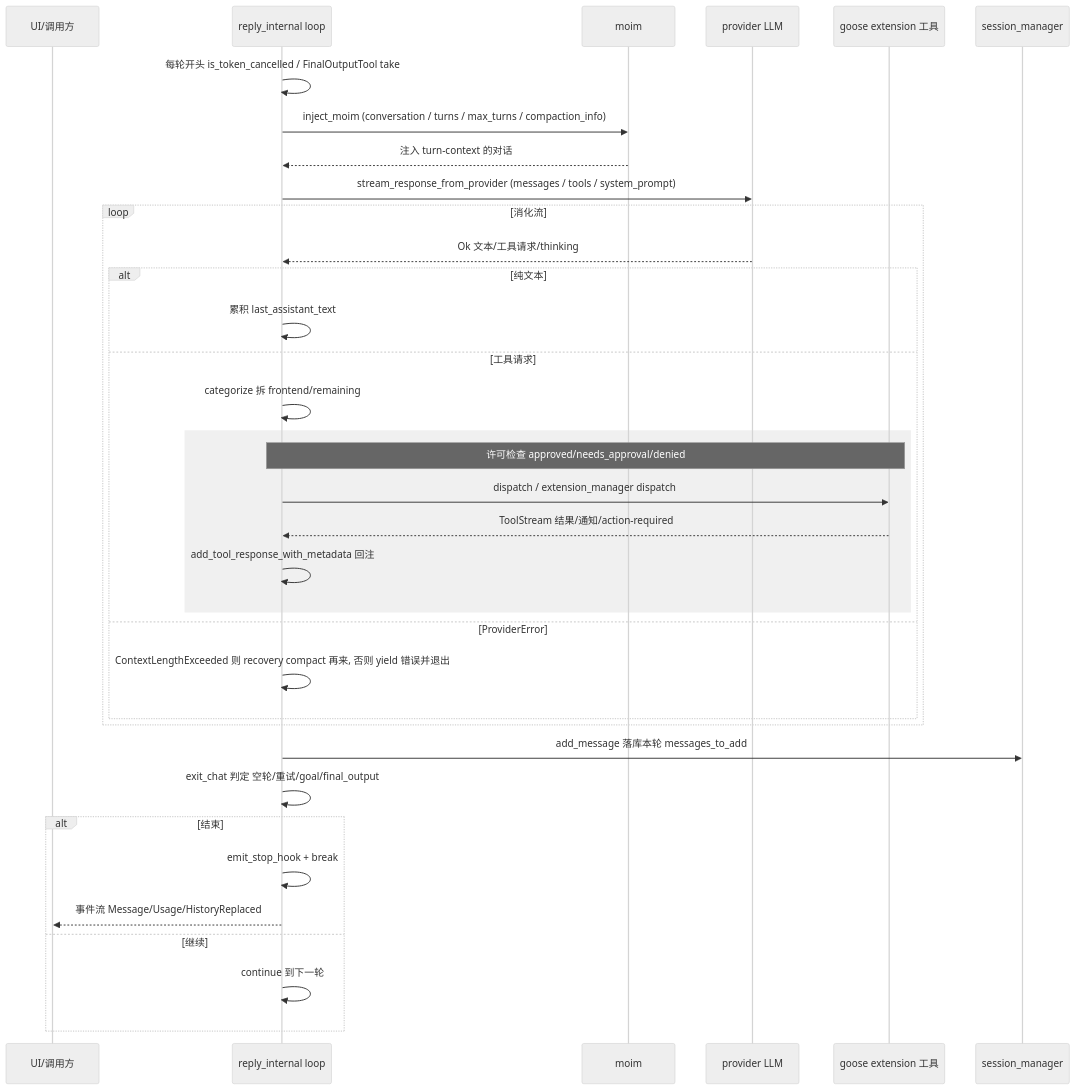
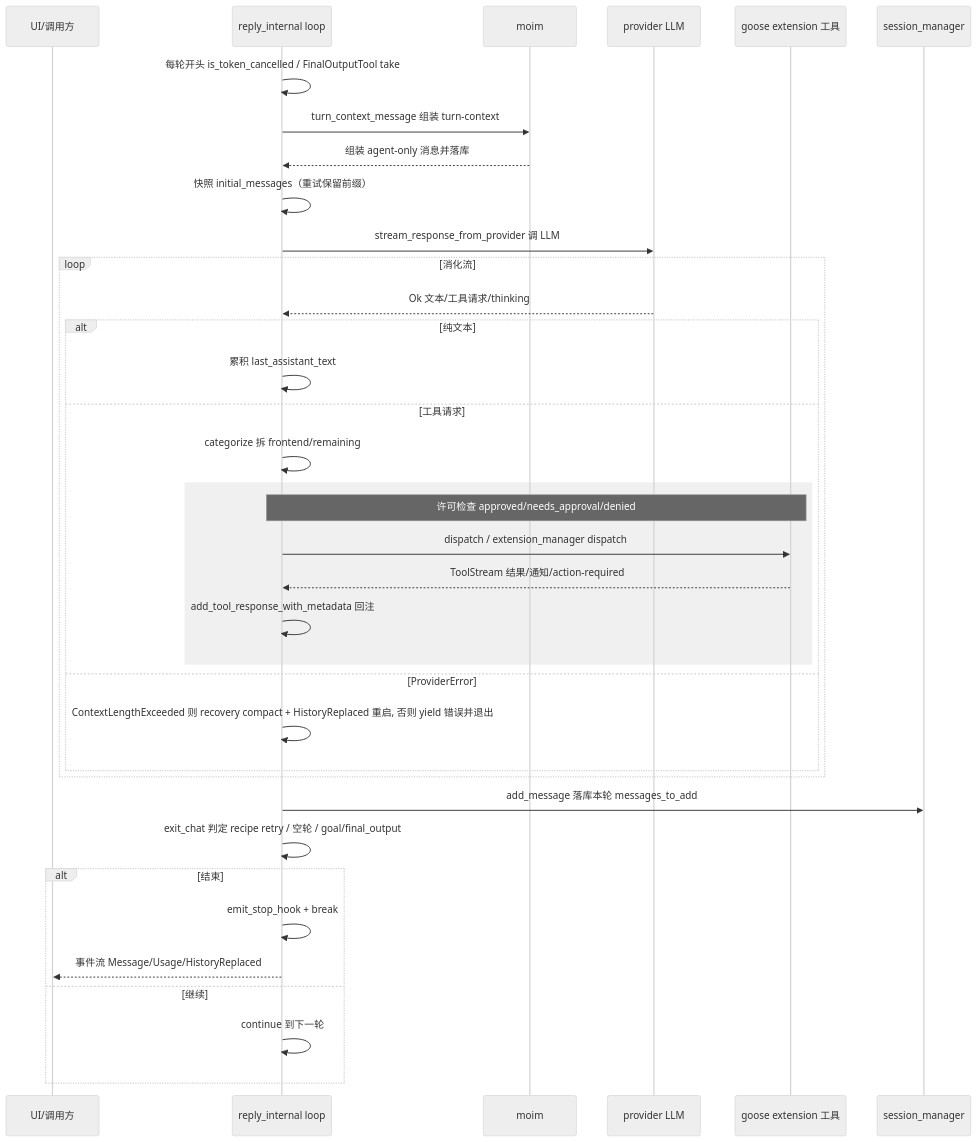
The second of 2 diagrams in ai-agent/goose/agent-loop.md (morehao/oss-insights), drawn with Mermaid (neutral theme) before and after one commit. The commit also changed other lines of this file and 8 other files, not shown here.

````diff
--- a/ai-agent/goose/agent-loop.md
+++ b/ai-agent/goose/agent-loop.md
@@ -765,38 +784,39 @@
 ```mermaid
 sequenceDiagram
     participant U as UI/调用方
     participant R as reply_internal loop
     participant M as moim
     participant P as provider LLM
     participant G as goose extension 工具
     participant S as session_manager
 
     R->>R: 每轮开头 is_token_cancelled / FinalOutputTool take
-    R->>M: inject_moim (conversation / turns / max_turns / compaction_info)
-    M-->>R: 注入 turn-context 的对话
-    R->>P: stream_response_from_provider (messages / tools / system_prompt)
+    R->>M: turn_context_message 组装 turn-context
+    M-->>R: 组装 agent-only 消息并落库
+    R->>R: 快照 initial_messages（重试保留前缀）
+    R->>P: stream_response_from_provider 调 LLM
     loop 消化流
         P-->>R: Ok 文本/工具请求/thinking
         alt 纯文本
             R->>R: 累积 last_assistant_text
         else 工具请求
             R->>R: categorize 拆 frontend/remaining
             rect rgb(240,240,240)
                 Note over R,G: 许可检查 approved/needs_approval/denied
                 R->>G: dispatch / extension_manager dispatch
                 G-->>R: ToolStream 结果/通知/action-required
                 R->>R: add_tool_response_with_metadata 回注
             end
         else ProviderError
-            R->>R: ContextLengthExceeded 则 recovery compact 再来, 否则 yield 错误并退出
+            R->>R: ContextLengthExceeded 则 recovery compact + HistoryReplaced 重启, 否则 yield 错误并退出
         end
     end
     R->>S: add_message 落库本轮 messages_to_add
-    R->>R: exit_chat 判定 空轮/重试/goal/final_output
+    R->>R: exit_chat 判定 recipe retry / 空轮 / goal/final_output
     alt 结束
         R->>R: emit_stop_hook + break
         R-->>U: 事件流 Message/Usage/HistoryReplaced
     else 继续
         R->>R: continue 到下一轮
     end
 ```
````
